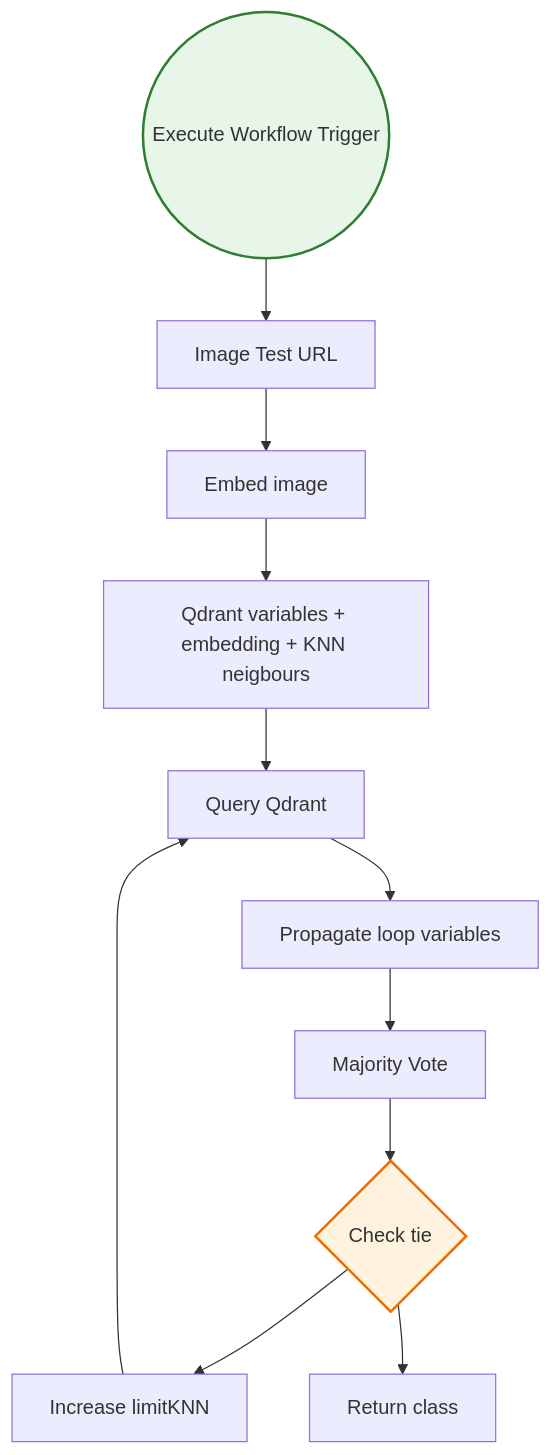
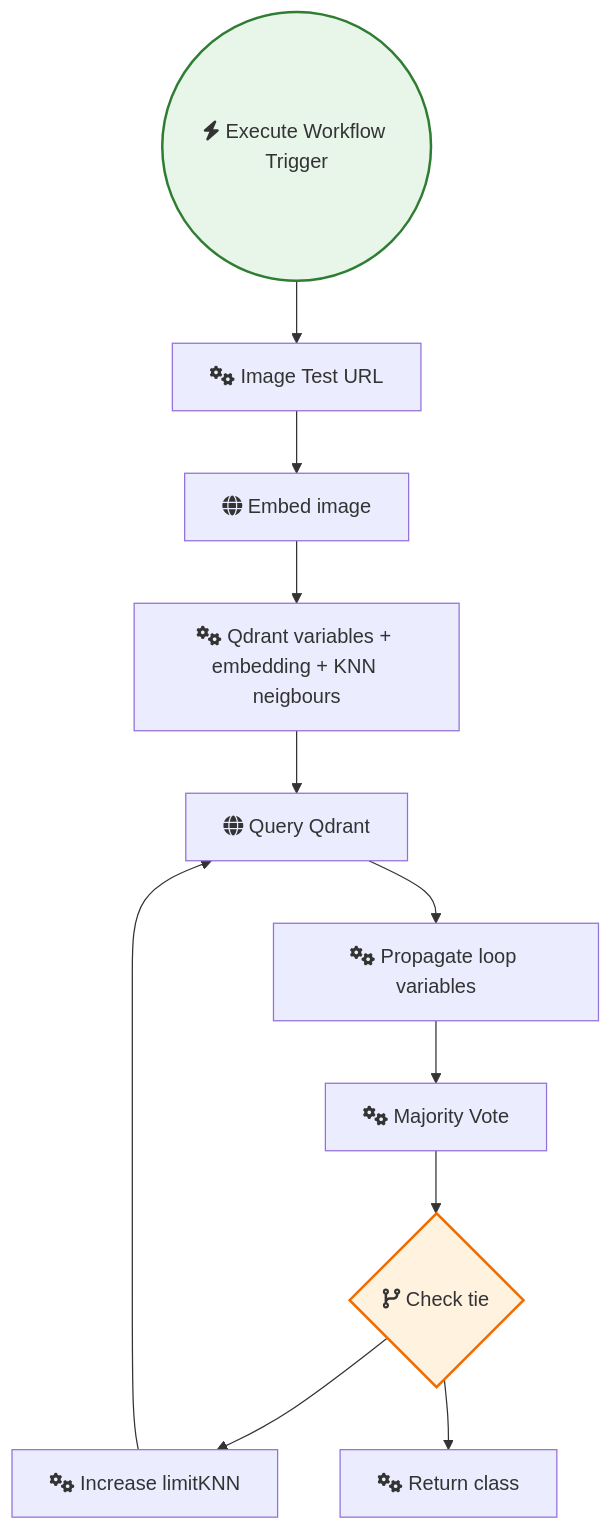
One commit to sreyash3105/N8N-DEMO-AUTOMATIONS changed the diagram in AI_Research_RAG_and_Data_Analysis/2 2 Knn Classifier Lands Dataset 1.md. Above: the diagram before and after it, drawn with Mermaid. The commit also changed 291 other files, not shown here.

````diff
--- a/AI_Research_RAG_and_Data_Analysis/2 2 Knn Classifier Lands Dataset 1.md
+++ b/AI_Research_RAG_and_Data_Analysis/2 2 Knn Classifier Lands Dataset 1.md
@@ -1,28 +1,28 @@
 ```mermaid
 graph TD
     classDef trigger fill:#e8f5e9,stroke:#2e7d32,stroke-width:2px;
     classDef ai fill:#e3f2fd,stroke:#1565c0,stroke-width:2px;
     classDef logic fill:#fff3e0,stroke:#ef6c00,stroke-width:2px;
 
-    Embed_image["Embed image"]
-    Query_Qdrant["Query Qdrant"]
-    Majority_Vote["Majority Vote"]
-    Increase_limitKNN["Increase limitKNN"]
-    Propagate_loop_variables["Propagate loop variables"]
-    Image_Test_URL["Image Test URL"]
-    Return_class["Return class"]
-    Check_tie{"Check tie"}:::logic
-    Qdrant_variables___embedding___KNN_neigbours["Qdrant variables + embedding + KNN neigbours"]
-    Execute_Workflow_Trigger(("Execute Workflow Trigger")):::trigger
+    Embed_image["fas:fa-globe Embed image"]
+    Query_Qdrant["fas:fa-globe Query Qdrant"]
+    Majority_Vote["fas:fa-cogs Majority Vote"]
+    Increase_limitKNN["fas:fa-cogs Increase limitKNN"]
+    Propagate_loop_variables["fas:fa-cogs Propagate loop variables"]
+    Image_Test_URL["fas:fa-cogs Image Test URL"]
+    Return_class["fas:fa-cogs Return class"]
+    Check_tie{"fas:fa-code-branch Check tie"}:::logic
+    Qdrant_variables___embedding___KNN_neigbours["fas:fa-cogs Qdrant variables + embedding + KNN neigbours"]
+    Execute_Workflow_Trigger(("fas:fa-bolt Execute Workflow Trigger")):::trigger
 
     Check_tie --> Increase_limitKNN
     Check_tie --> Return_class
     Embed_image --> Qdrant_variables___embedding___KNN_neigbours
     Query_Qdrant --> Propagate_loop_variables
     Majority_Vote --> Check_tie
     Image_Test_URL --> Embed_image
     Increase_limitKNN --> Query_Qdrant
     Execute_Workflow_Trigger --> Image_Test_URL
     Propagate_loop_variables --> Majority_Vote
     Qdrant_variables___embedding___KNN_neigbours --> Query_Qdrant
 ```
````
